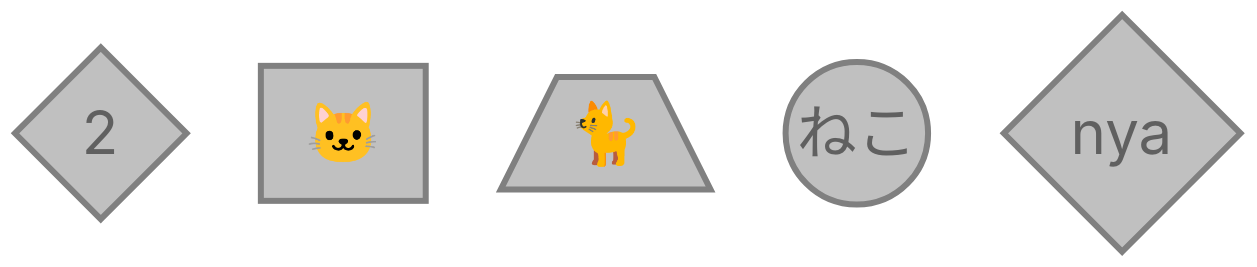
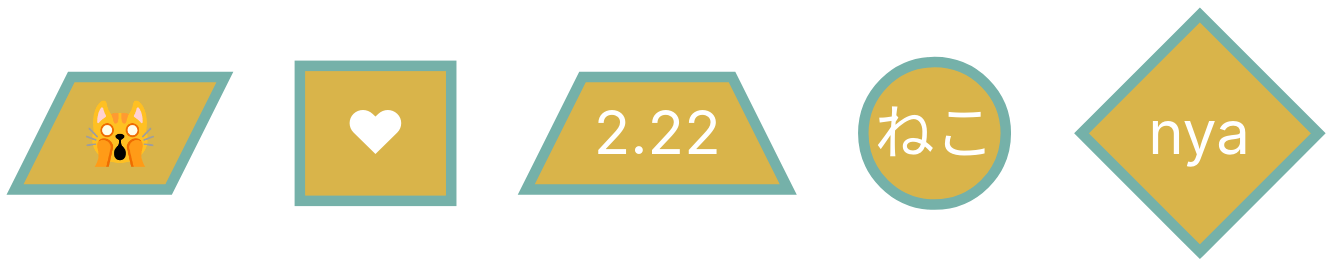
Before and after one commit to nori-pon/note-text: the first of 3 diagrams in catLove.md, drawn with Mermaid. The commit also changed other lines of this file, not shown here.

Commit message:
Update mermaid diagrams and styles in catLove.md

````diff
--- a/catLove.md
+++ b/catLove.md
@@ -1,16 +1,16 @@
 ```mermaid
 graph LR
     %% 全体の色の設定
-    classDef catStyle fill:#C0C0C0,stroke:#808080,stroke-width:4px,color:#606060,font-size:40px;
+    classDef catStyle fill:#D9B44A,stroke:#75B1A9,stroke-width:7px,color:#ffffff,font-size:40px;
 
     %% ノードの定義
-    node1{2}:::catStyle
-    node2[🐱]:::catStyle
-    node3[/🐈\]:::catStyle
+    node1[/"🙀"/]:::catStyle
+    node2["♥"]:::catStyle
+    node3[/2.22\]:::catStyle
     node4((ねこ)):::catStyle
     node5{nya}:::catStyle
 
    %% 透明な線で横に並べる
     node1 ~~~ node2 ~~~ node3 ~~~ node4 ~~~ node5
 
 ```
````
